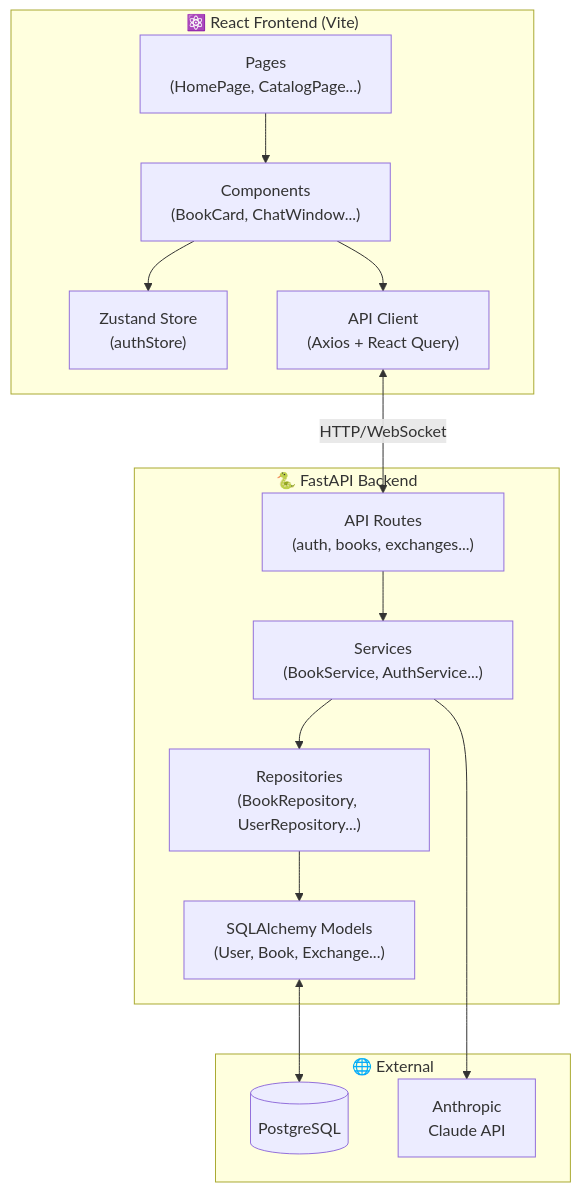
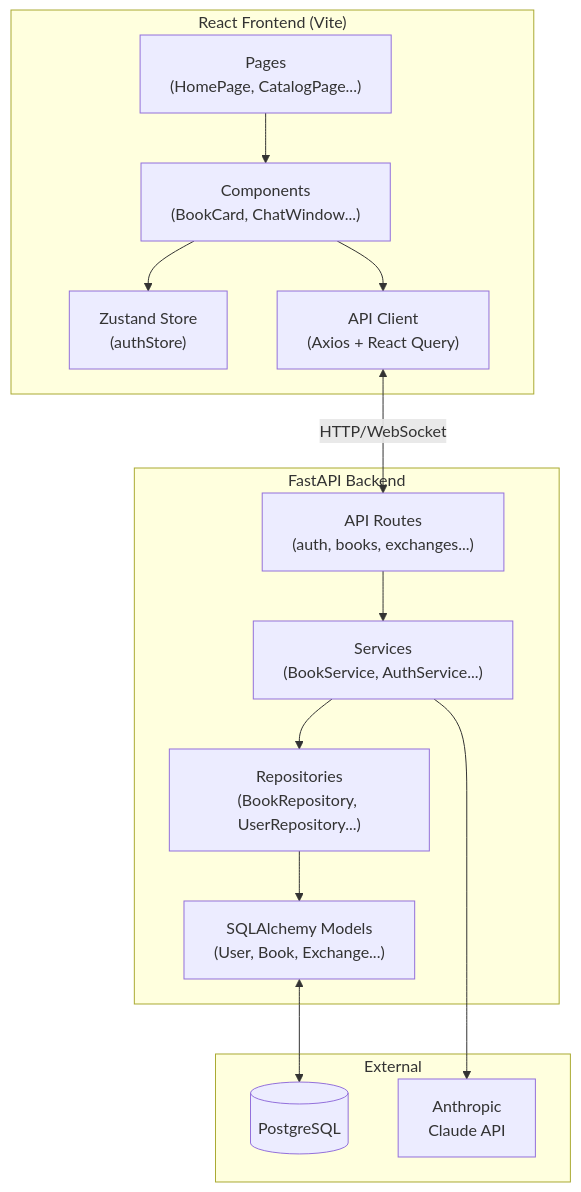
One commit to TysiakAnastasiia/Refact changed the sixth of 6 diagrams in project2/bookswap/docs/diagrams/UML_DIAGRAMS.md. Above: the diagram before and after it, drawn with Mermaid. The commit also changed other lines of this file and 1 other file, not shown here.

Commit message:
Fixed MD files: removed emojis and corrected image syntax

````diff
--- a/project2/bookswap/docs/diagrams/UML_DIAGRAMS.md
+++ b/project2/bookswap/docs/diagrams/UML_DIAGRAMS.md
@@ -298,31 +298,31 @@
 ```mermaid
 graph TB
-    subgraph Frontend["⚛️ React Frontend (Vite)"]
+    subgraph Frontend["React Frontend (Vite)"]
         Pages["Pages\n(HomePage, CatalogPage...)"]
         Components["Components\n(BookCard, ChatWindow...)"]
         Stores["Zustand Store\n(authStore)"]
         AxiosClient["API Client\n(Axios + React Query)"]
     end
 
-    subgraph Backend["🐍 FastAPI Backend"]
+    subgraph Backend["FastAPI Backend"]
         Routes["API Routes\n(auth, books, exchanges...)"]
         Services["Services\n(BookService, AuthService...)"]
         Repositories["Repositories\n(BookRepository, UserRepository...)"]
         Models["SQLAlchemy Models\n(User, Book, Exchange...)"]
     end
 
-    subgraph External["🌐 External"]
+    subgraph External["External"]
         DB[(PostgreSQL)]
         Claude[Anthropic\nClaude API]
     end
 
     Pages --> Components
     Components --> Stores
     Components --> AxiosClient
     AxiosClient <-->|HTTP/WebSocket| Routes
     Routes --> Services
     Services --> Repositories
     Repositories --> Models
     Models <--> DB
     Services --> Claude
 ```
````
